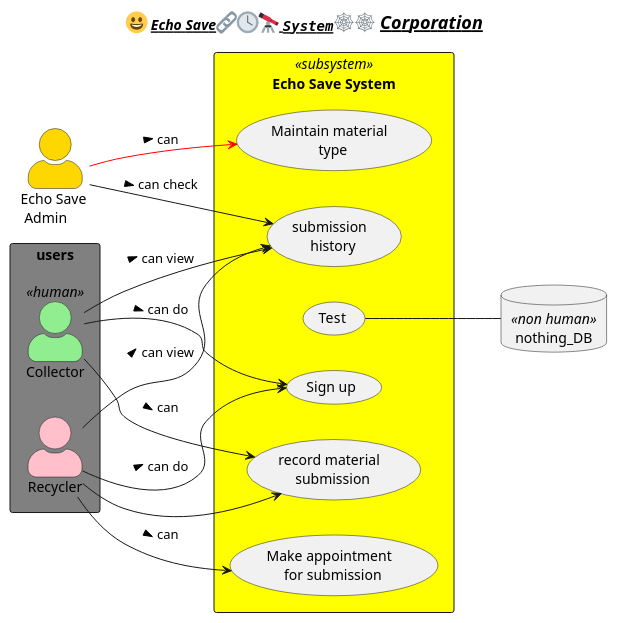
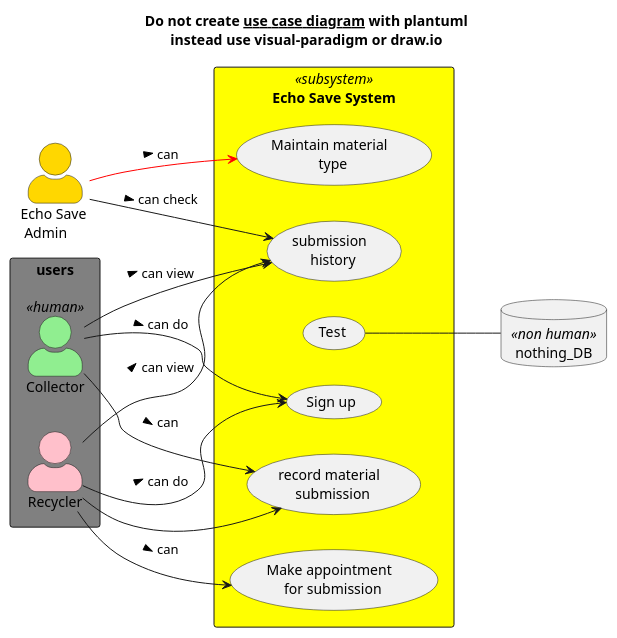
Before and after one commit to MehmoodHashmi/Documentation-as-Code-DaC: the diagram in docs/uml/PlantUML/use-case-diagram/Echo Save Use case diagram.puml, drawn with PlantUML. The commit also changed 4 other files, not shown here.

Commit message:
added pakistan legislation mindmap

```diff
--- a/docs/uml/PlantUML/use-case-diagram/Echo Save Use case diagram.puml
+++ b/docs/uml/PlantUML/use-case-diagram/Echo Save Use case diagram.puml
@@ -1,38 +1,38 @@
 @startuml
 
-title "__//<:1f600:> Echo Save<:1f517:><:1f553:><:1f52d:> ""System""<:1f578:><:1f578:><size:18> Corporation</size>//__ "
+title "Do not create __use case diagram__ with plantuml\n instead use visual-paradigm or draw.io "
 !pragma teoz true
 
 left to right direction
 skinparam actorStyle awesome
 
 together  {
     actor "Echo Save \r Admin" as admin #gold
 
     rectangle users #grey {
         actor "Collector" as collector <<human>> #lightgreen
         actor "Recycler" as recycler #pink
     }
 }
 
 rectangle  "Echo Save System" <<subsystem>> #yellow {
 
     usecase "Test"
 
     admin -> (Maintain material \r type) #red : can >
     admin -> (submission \r history) : > can check
 
     collector --> (submission \r history) : > can view
     collector --> (Sign up) : can do >
     collector --> (record material \n submission)  : can >
 
     recycler --> (submission \r history) : can view >
     recycler --> (Sign up) : can do >
     recycler --> (Make appointment \n for submission) : can >
     recycler --> (record material \n submission)
 
 }
     database nothing_DB <<non human>>
     "Test"-- nothing_DB
 
 @enduml
```
